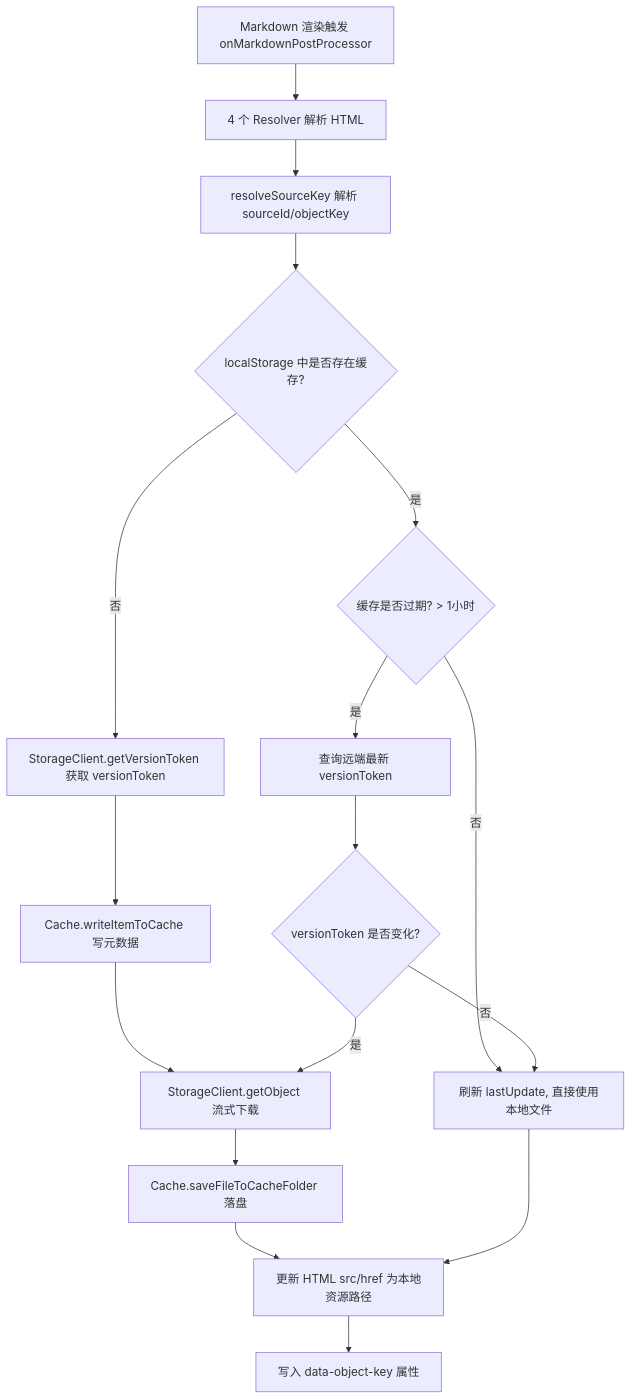
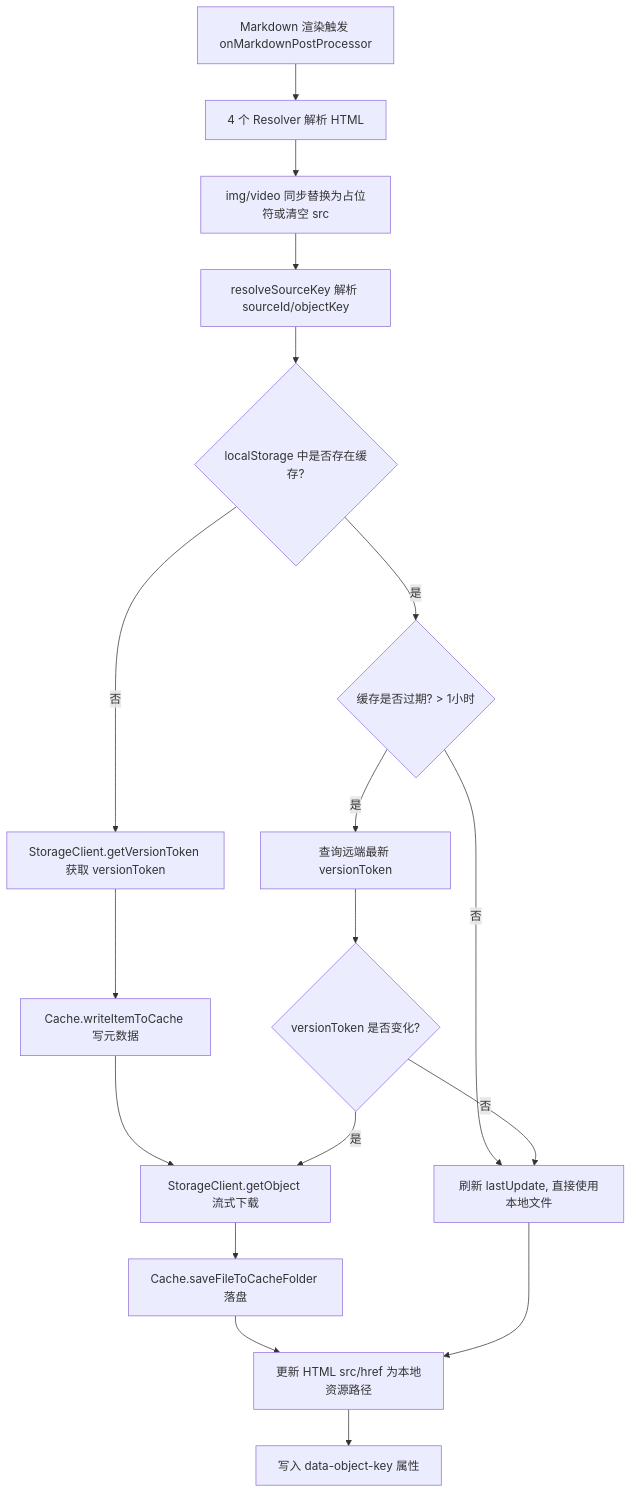
One commit to gavinzmq/obsidian-plugin-s3-link changed the first of 4 diagrams in .arcmesh/system-repo/architecture.md. Above: the diagram before and after it, drawn with Mermaid. The commit also changed other lines of this file and 5 other files, not shown here.

````diff
--- a/.arcmesh/system-repo/architecture.md
+++ b/.arcmesh/system-repo/architecture.md
@@ -127,19 +140,20 @@
 ```mermaid
 flowchart TD
     A[Markdown 渲染触发 onMarkdownPostProcessor] --> B[4 个 Resolver 解析 HTML]
-    B --> C[resolveSourceKey 解析 sourceId/objectKey]
+    B --> B2[img/video 同步替换为占位符或清空 src]
+    B2 --> C[resolveSourceKey 解析 sourceId/objectKey]
     C --> D{localStorage 中是否存在缓存?}
     D -- 否 --> E[StorageClient.getVersionToken 获取 versionToken]
     E --> F[Cache.writeItemToCache 写元数据]
     F --> G[StorageClient.getObject 流式下载]
     G --> H[Cache.saveFileToCacheFolder 落盘]
     H --> I[更新 HTML src/href 为本地资源路径]
     D -- 是 --> J{缓存是否过期? > 1小时}
     J -- 否 --> K[刷新 lastUpdate, 直接使用本地文件]
     J -- 是 --> L[查询远端最新 versionToken]
     L --> M{versionToken 是否变化?}
     M -- 是 --> G
     M -- 否 --> K
     K --> I
     I --> N[写入 data-object-key 属性]
 ```
````
